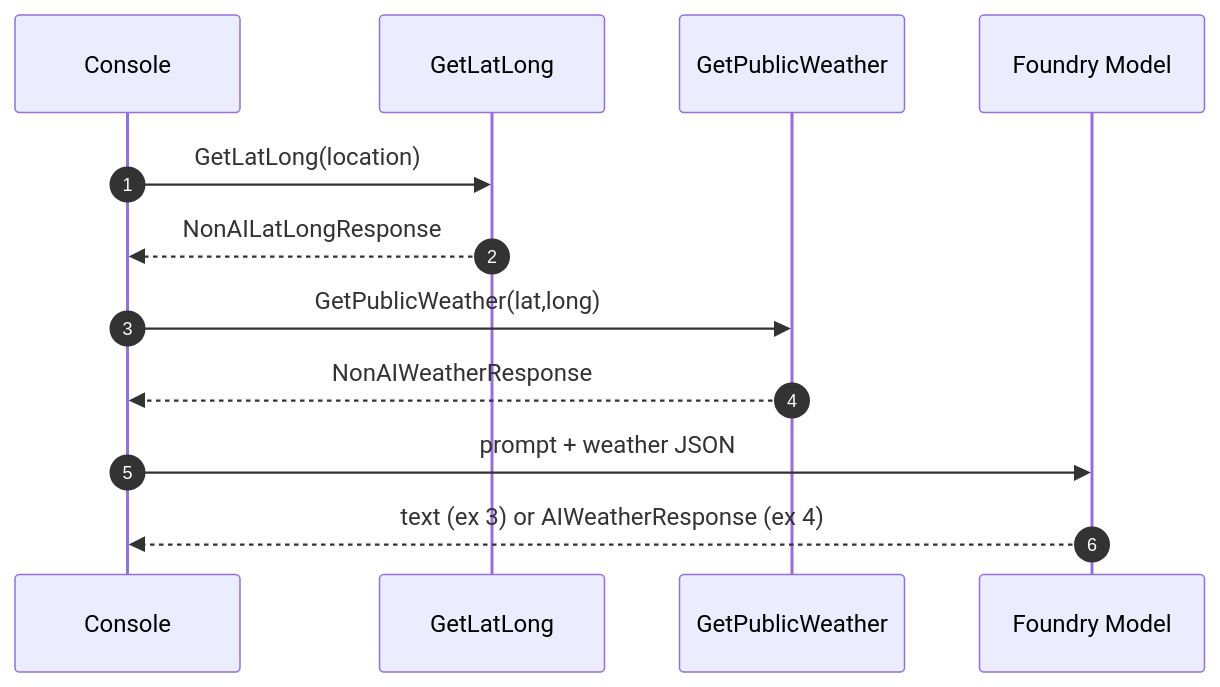
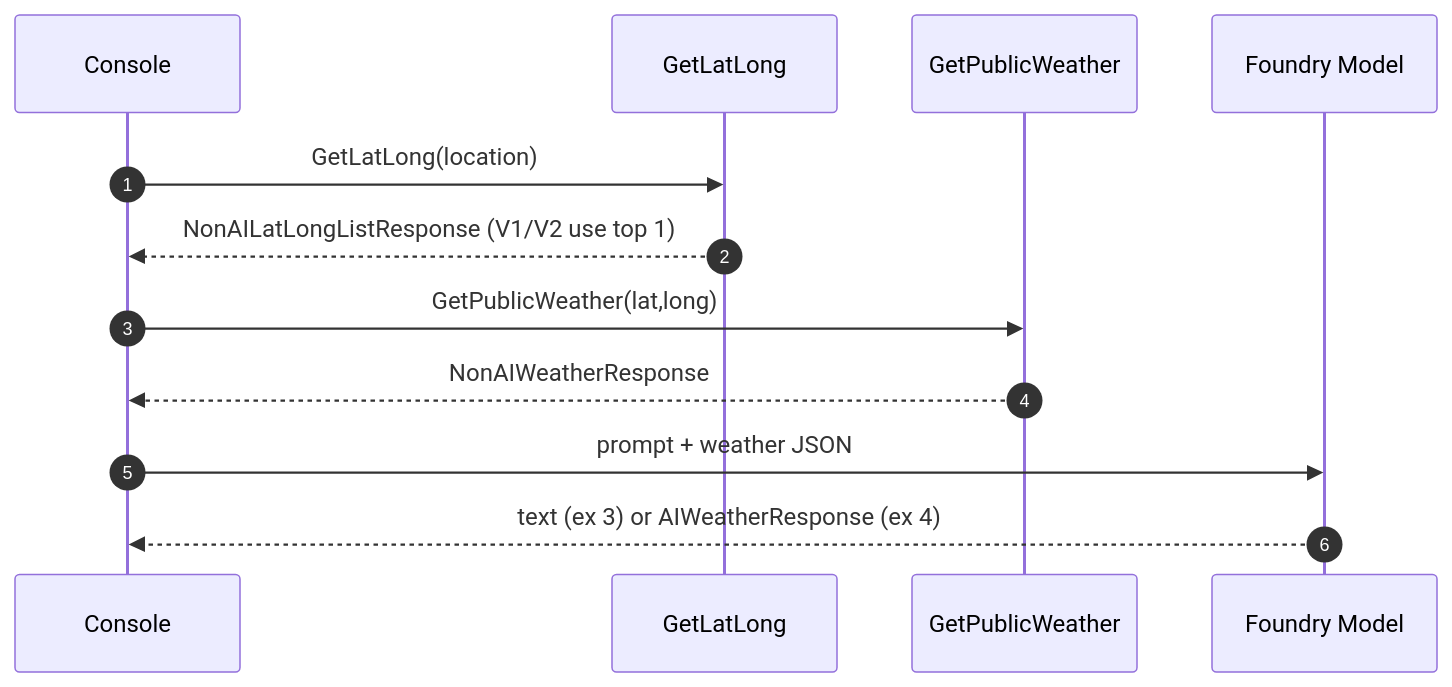
Before and after one commit to dustinkorzaan/weather-1116: the second of 8 diagrams in docs/4-demystifying-foundry-agents-mcp/demystifying-foundry-agents-mcp.md, drawn with Mermaid. The commit also changed other lines of this file and 18 other files, not shown here.

First line of the commit message:
Return ranked top-N geocoding matches from GetLatLongData (#163)

````diff
--- a/docs/4-demystifying-foundry-agents-mcp/demystifying-foundry-agents-mcp.md
+++ b/docs/4-demystifying-foundry-agents-mcp/demystifying-foundry-agents-mcp.md
@@ -46,15 +46,15 @@
   ```mermaid
   sequenceDiagram
       autonumber
       participant Console
       participant GetLatLong
       participant GetPublicWeather
       participant Model as Foundry Model
 
       Console->>GetLatLong: GetLatLong(location)
-      GetLatLong-->>Console: NonAILatLongResponse
+      GetLatLong-->>Console: NonAILatLongListResponse (V1/V2 use top 1)
       Console->>GetPublicWeather: GetPublicWeather(lat,long)
       GetPublicWeather-->>Console: NonAIWeatherResponse
       Console->>Model: prompt + weather JSON
       Model-->>Console: text (ex 3) or AIWeatherResponse (ex 4)
   ```
````
